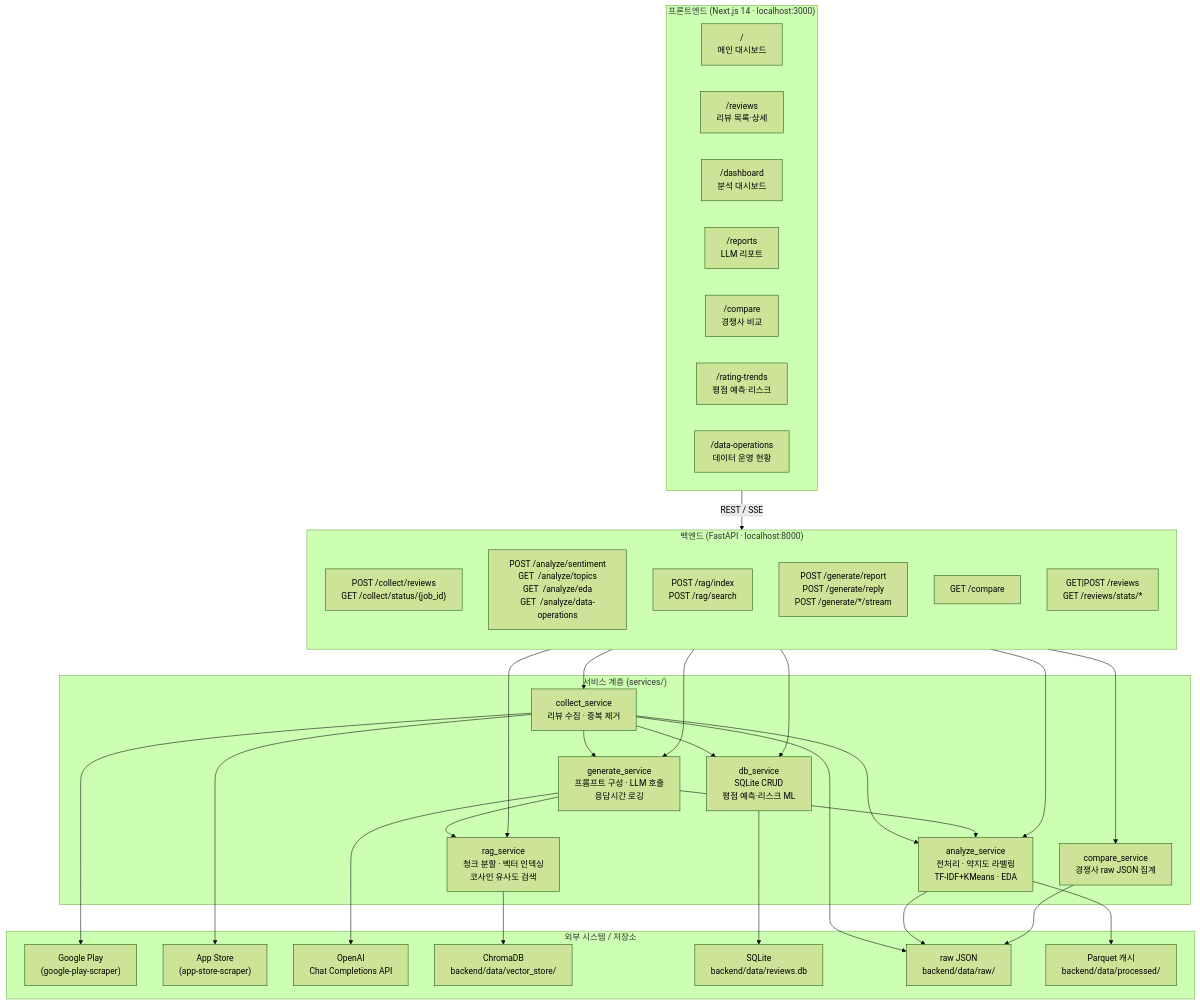
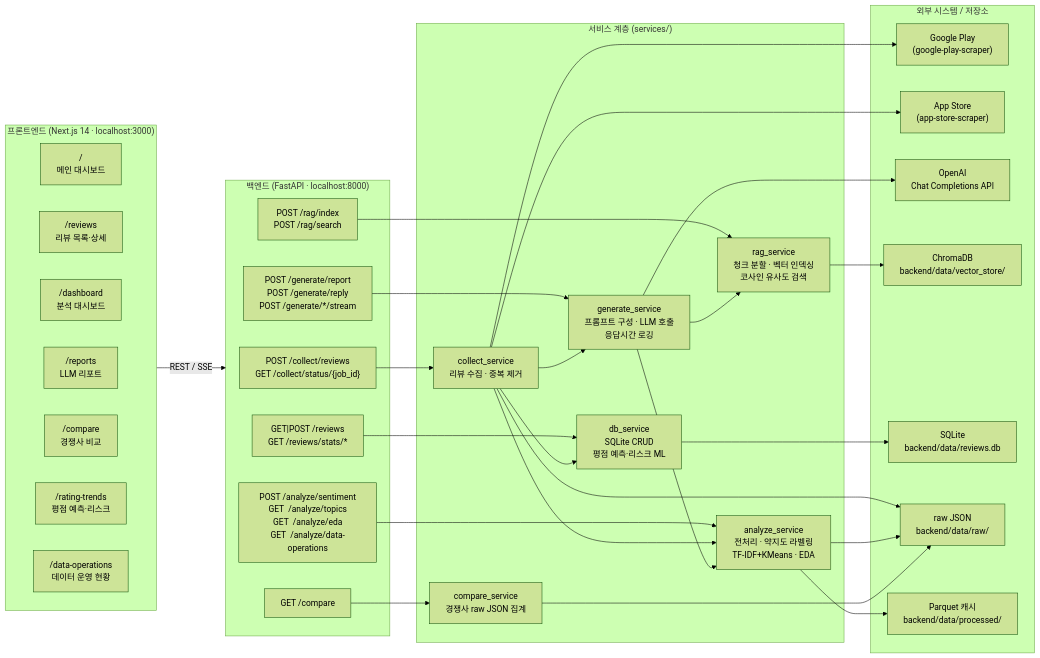
Before and after one commit to aidevking/ax-intensive-repo: the diagram in README.md, drawn with Mermaid (forest theme). The commit also changed other lines of this file, not shown here.

Commit message:
readme 변경

````diff
--- a/README.md
+++ b/README.md
@@ -24,70 +24,70 @@
 ```mermaid
-flowchart TD
+flowchart LR
     subgraph FE["프론트엔드 (Next.js 14 · localhost:3000)"]
+        direction LR
         P1["/\n메인 대시보드"]
         P2["/reviews\n리뷰 목록·상세"]
         P3["/dashboard\n분석 대시보드"]
         P4["/reports\nLLM 리포트"]
         P5["/compare\n경쟁사 비교"]
         P6["/rating-trends\n평점 예측·리스크"]
         P7["/data-operations\n데이터 운영 현황"]
     end
 
     subgraph BE["백엔드 (FastAPI · localhost:8000)"]
-        direction TB
         R_COL["POST /collect/reviews\nGET  /collect/status/{job_id}"]
         R_ANA["POST /analyze/sentiment\nGET  /analyze/topics\nGET  /analyze/eda\nGET  /analyze/data-operations"]
         R_RAG["POST /rag/index\nPOST /rag/search"]
         R_GEN["POST /generate/report\nPOST /generate/reply\nPOST /generate/*/stream"]
         R_CMP["GET  /compare"]
         R_REV["GET|POST /reviews\nGET  /reviews/stats/*"]
     end
 
     subgraph SVC["서비스 계층 (services/)"]
         S_COL["collect_service\n리뷰 수집 · 중복 제거"]
         S_ANA["analyze_service\n전처리 · 약지도 라벨링\nTF-IDF+KMeans · EDA"]
         S_RAG["rag_service\n청크 분할 · 벡터 인덱싱\n코사인 유사도 검색"]
         S_GEN["generate_service\n프롬프트 구성 · LLM 호출\n응답시간 로깅"]
         S_CMP["compare_service\n경쟁사 raw JSON 집계"]
         S_DB["db_service\nSQLite CRUD\n평점 예측·리스크 ML"]
     end
 
     subgraph EXT["외부 시스템 / 저장소"]
         GP["Google Play\n(google-play-scraper)"]
         AS["App Store\n(app-store-scraper)"]
         OAI["OpenAI\nChat Completions API"]
         CHROMA["ChromaDB\nbackend/data/vector_store/"]
         SQLITE["SQLite\nbackend/data/reviews.db"]
         RAW["raw JSON\nbackend/data/raw/"]
         PARQ["Parquet 캐시\nbackend/data/processed/"]
     end
 
     FE -- "REST / SSE" --> BE
 
     R_COL --> S_COL
     R_ANA --> S_ANA
     R_RAG --> S_RAG
     R_GEN --> S_GEN
     R_CMP --> S_CMP
     R_REV --> S_DB
 
     S_COL --> GP
     S_COL --> AS
     S_COL --> RAW
     S_COL --> S_ANA
     S_COL --> S_GEN
     S_COL --> S_DB
 
     S_ANA --> RAW
     S_ANA --> PARQ
 
     S_RAG --> CHROMA
 
     S_GEN --> S_ANA
     S_GEN --> S_RAG
     S_GEN --> OAI
 
     S_CMP --> RAW
 
     S_DB --> SQLITE
 ```
````
